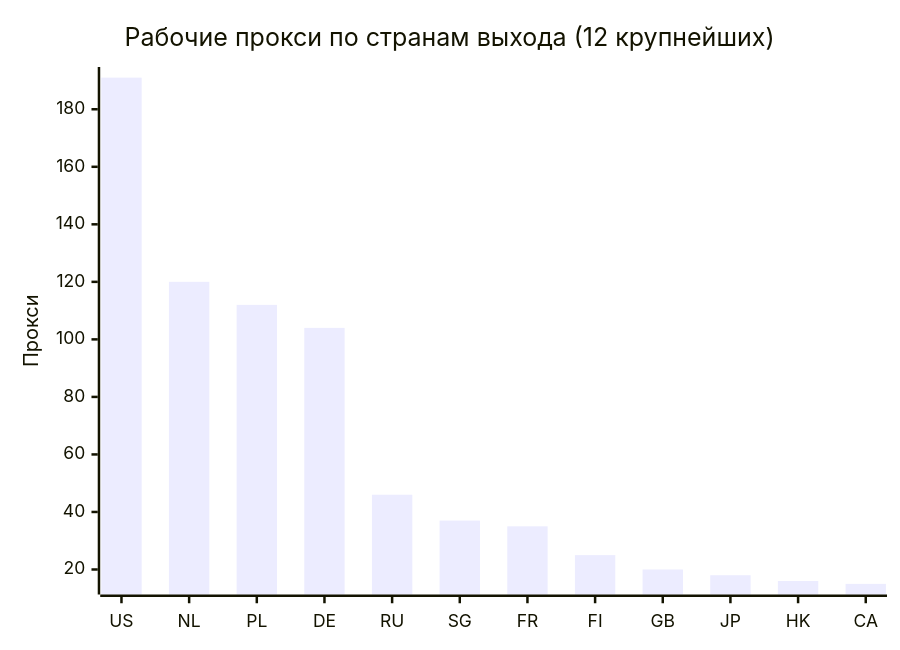
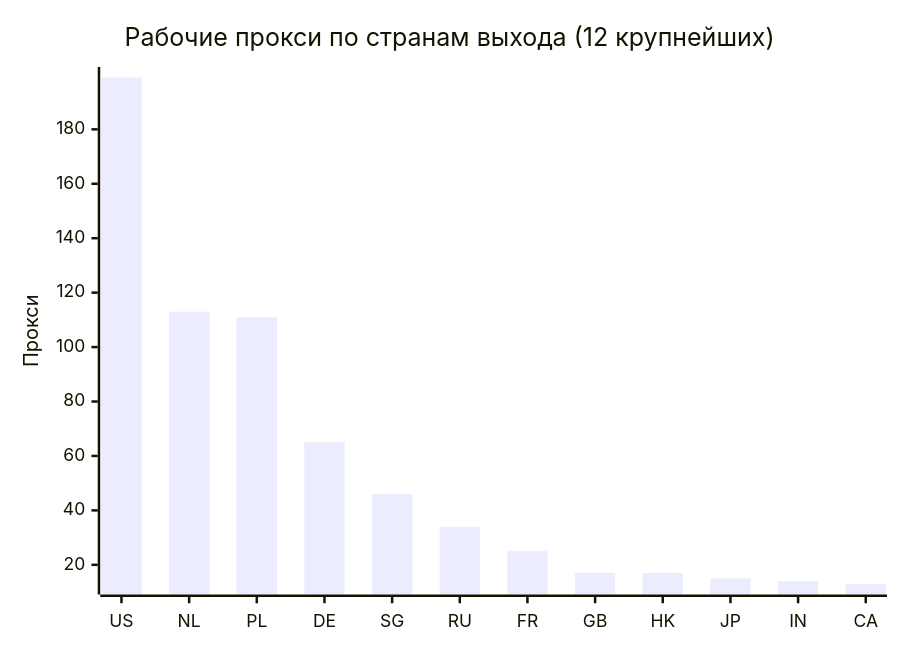
One commit to rvvg/proxy-subs changed the second of 4 diagrams in README.md. Above: the diagram before and after it, drawn with Mermaid. The commit also changed other lines of this file and 41 other files, not shown here.

````diff
--- a/README.md
+++ b/README.md
@@ -122,7 +122,7 @@
 ```mermaid
 xychart-beta
     title "Рабочие прокси по странам выхода (12 крупнейших)"
-    x-axis ["US", "NL", "PL", "DE", "RU", "SG", "FR", "FI", "GB", "JP", "HK", "CA"]
+    x-axis ["US", "NL", "PL", "DE", "SG", "RU", "FR", "GB", "HK", "JP", "IN", "CA"]
     y-axis "Прокси"
-    bar [191, 120, 112, 104, 46, 37, 35, 25, 20, 18, 16, 15]
+    bar [199, 113, 111, 65, 46, 34, 25, 17, 17, 15, 14, 13]
 ```
````
